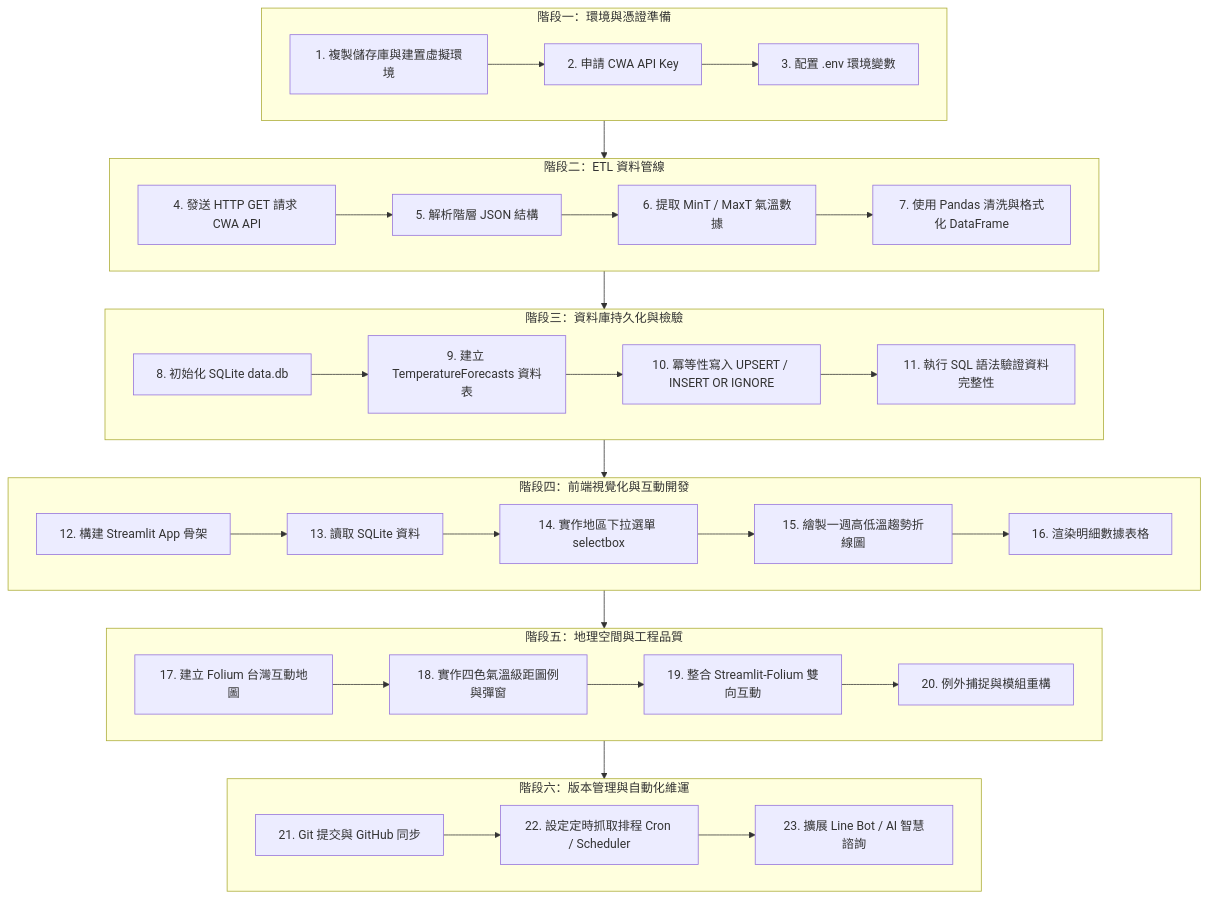
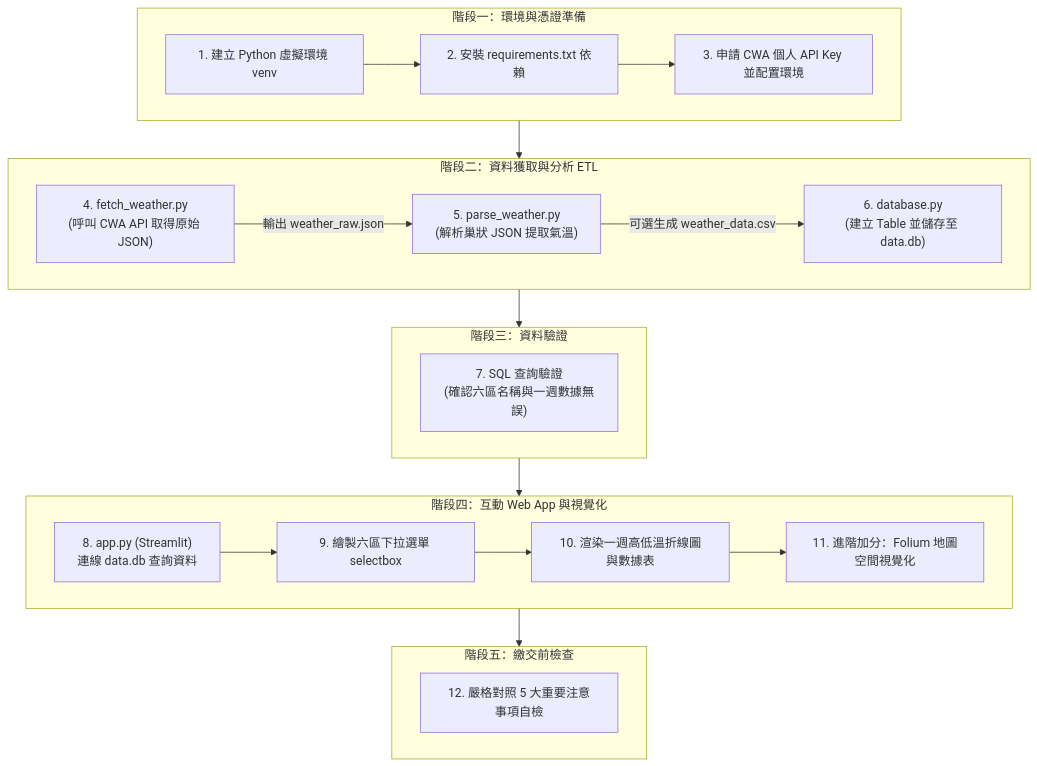
Before and after one commit to YuWen0621/0923: the first of 2 diagrams in workflow.md, drawn with Mermaid. The commit also changed other lines of this file and 3 other files, not shown here.

````diff
--- a/workflow.md
+++ b/workflow.md
@@ -9,43 +9,31 @@
 ```mermaid
 flowchart TD
-    subgraph S1 [階段一：環境與憑證準備]
-        A1[1. 複製儲存庫與建置虛擬環境] --> A2[2. 申請 CWA API Key]
-        A2 --> A3[3. 配置 .env 環境變數]
+    subgraph P1 [階段一：環境與憑證準備]
+        E1[1. 建立 Python 虛擬環境 venv] --> E2[2. 安裝 requirements.txt 依賴]
+        E2 --> E3[3. 申請 CWA 個人 API Key 並配置環境]
     end
 
-    subgraph S2 [階段二：ETL 資料管線]
-        B1[4. 發送 HTTP GET 請求 CWA API] --> B2[5. 解析階層 JSON 結構]
-        B2 --> B3[6. 提取 MinT / MaxT 氣溫數據]
-        B3 --> B4[7. 使用 Pandas 清洗與格式化 DataFrame]
+    subgraph P2 [階段二：資料獲取與分析 ETL]
+        S1["4. fetch_weather.py<br>(呼叫 CWA API 取得原始 JSON)"] -->|輸出 weather_raw.json| S2["5. parse_weather.py<br>(解析巢狀 JSON 提取氣溫)"]
+        S2 -->|可選生成 weather_data.csv| S3["6. database.py<br>(建立 Table 並儲存至 data.db)"]
     end
 
-    subgraph S3 [階段三：資料庫持久化與檢驗]
-        C1[8. 初始化 SQLite data.db] --> C2[9. 建立 TemperatureForecasts 資料表]
-        C2 --> C3[10. 冪等性寫入 UPSERT / INSERT OR IGNORE]
-        C3 --> C4[11. 執行 SQL 語法驗證資料完整性]
+    subgraph P3 [階段三：資料驗證]
+        V1["7. SQL 查詢驗證<br>(確認六區名稱與一週數據無誤)"]
     end
 
-    subgraph S4 [階段四：前端視覺化與互動開發]
-        D1[12. 構建 Streamlit App 骨架] --> D2[13. 讀取 SQLite 資料]
-        D2 --> D3[14. 實作地區下拉選單 selectbox]
-        D3 --> D4[15. 繪製一週高低溫趨勢折線圖]
-        D4 --> D5[16. 渲染明細數據表格]
+    subgraph P4 [階段四：互動 Web App 與視覺化]
+        W1["8. app.py (Streamlit)<br>連線 data.db 查詢資料"] --> W2["9. 繪製六區下拉選單 selectbox"]
+        W2 --> W3["10. 渲染一週高低溫折線圖與數據表"]
+        W3 --> W4["11. 進階加分：Folium 地圖空間視覺化"]
     end
 
-    subgraph S5 [階段五：地理空間與工程品質]
-        E1[17. 建立 Folium 台灣互動地圖] --> E2[18. 實作四色氣溫級距圖例與彈窗]
-        E2 --> E3[19. 整合 Streamlit-Folium 雙向互動]
-        E3 --> E4[20. 例外捕捉與模組重構]
+    subgraph P5 [階段五：繳交前檢查]
+        C1["12. 嚴格對照 5 大重要注意事項自檢"]
     end
 
-    subgraph S6 [階段六：版本管理與自動化維運]
-        F1[21. Git 提交與 GitHub 同步] --> F2[22. 設定定時抓取排程 Cron / Scheduler]
-        F2 --> F3[23. 擴展 Line Bot / AI 智慧諮詢]
-    end
-
-    S1 --> S2
-    S2 --> S3
-    S3 --> S4
-    S4 --> S5
-    S5 --> S6
+    P1 --> P2
+    P2 --> P3
+    P3 --> P4
+    P4 --> P5
 ```
````
